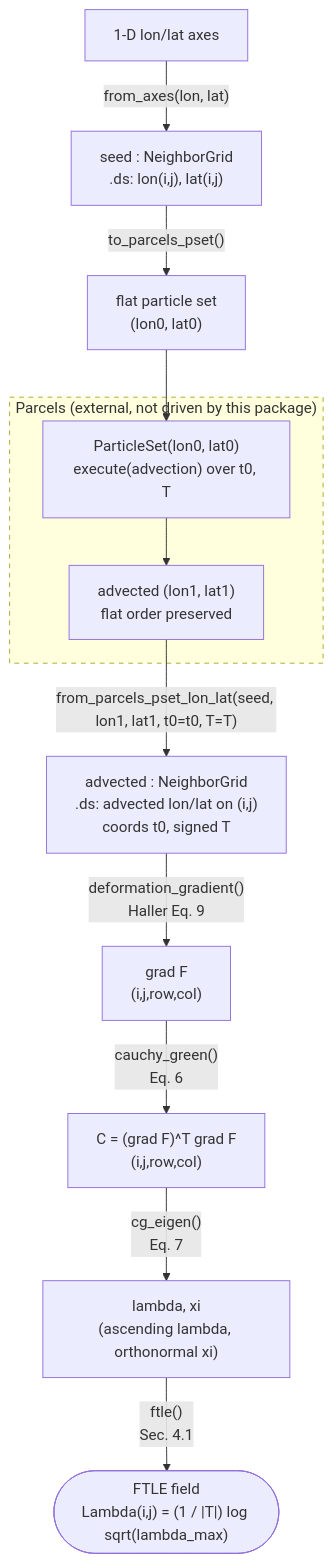
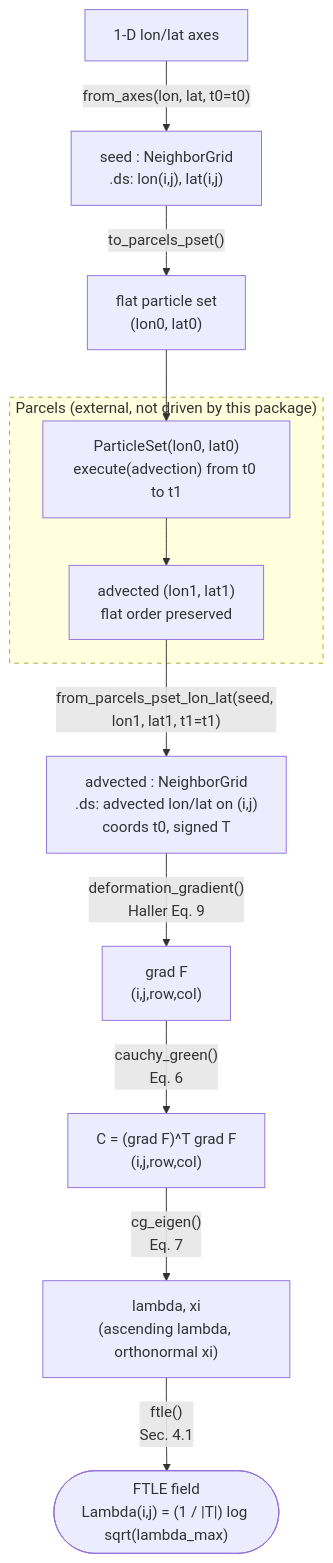
One commit to geomar-od-lagrange/lcs_parcels changed the second of 2 diagrams in docs/architecture.md. Above: the diagram before and after it, drawn with Mermaid. The commit also changed other lines of this file and 11 other files, not shown here.

````diff
--- a/docs/architecture.md
+++ b/docs/architecture.md
@@ -93,29 +95,29 @@
 ```mermaid
 flowchart TD
     axes["1-D lon/lat axes"]
     seed["seed : NeighborGrid<br/>.ds: lon(i,j), lat(i,j)"]
     pset["flat particle set<br/>(lon0, lat0)"]
 
     subgraph parcels ["Parcels (external, not driven by this package)"]
-        advect["ParticleSet(lon0, lat0)<br/>execute(advection) over t0, T"]
+        advect["ParticleSet(lon0, lat0)<br/>execute(advection) from t0 to t1"]
         out["advected (lon1, lat1)<br/>flat order preserved"]
     end
 
     grid["advected : NeighborGrid<br/>.ds: advected lon/lat on (i,j)<br/>coords t0, signed T"]
     gradF["grad F<br/>(i,j,row,col)"]
     C["C = (grad F)^T grad F<br/>(i,j,row,col)"]
     eig["lambda, xi<br/>(ascending lambda, orthonormal xi)"]
     ftle(["FTLE field<br/>Lambda(i,j) = (1 / |T|) log sqrt(lambda_max)"])
 
-    axes -->|"from_axes(lon, lat)"| seed
+    axes -->|"from_axes(lon, lat, t0=t0)"| seed
     seed -->|"to_parcels_pset()"| pset
     pset --> advect
     advect --> out
-    out -->|"from_parcels_pset_lon_lat(seed, lon1, lat1, t0=t0, T=T)"| grid
+    out -->|"from_parcels_pset_lon_lat(seed, lon1, lat1, t1=t1)"| grid
     grid -->|"deformation_gradient()<br/>Haller Eq. 9"| gradF
     gradF -->|"cauchy_green()<br/>Eq. 6"| C
     C -->|"cg_eigen()<br/>Eq. 7"| eig
     eig -->|"ftle()<br/>Sec. 4.1"| ftle
 
     style parcels stroke-dasharray: 5 5
 ```
````
